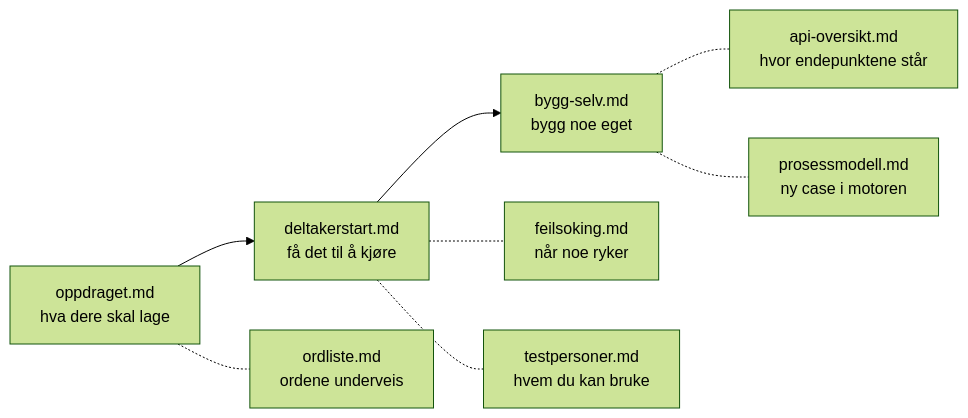
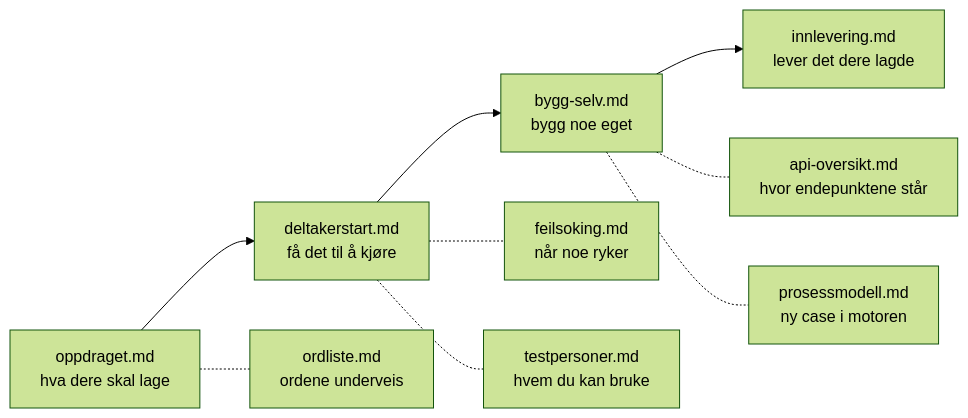
One commit to Sindreedelange/workshop-ai-team-bergen changed the diagram in docs/README.md. Above: the diagram before and after it, drawn with Mermaid (forest theme). The commit also changed other lines of this file and 12 other files, not shown here.

````diff
--- a/docs/README.md
+++ b/docs/README.md
@@ -12,14 +12,15 @@
 ```mermaid
 flowchart LR
   O["oppdraget.md<br/>hva dere skal lage"]
   D["deltakerstart.md<br/>få det til å kjøre"]
   B["bygg-selv.md<br/>bygg noe eget"]
+  I["innlevering.md<br/>lever det dere lagde"]
 
-  O --> D --> B
+  O --> D --> B --> I
 
   D -.- F["feilsoking.md<br/>når noe ryker"]
   D -.- T["testpersoner.md<br/>hvem du kan bruke"]
   B -.- A["api-oversikt.md<br/>hvor endepunktene står"]
   B -.- P["prosessmodell.md<br/>ny case i motoren"]
   O -.- G["ordliste.md<br/>ordene underveis"]
 ```
````
